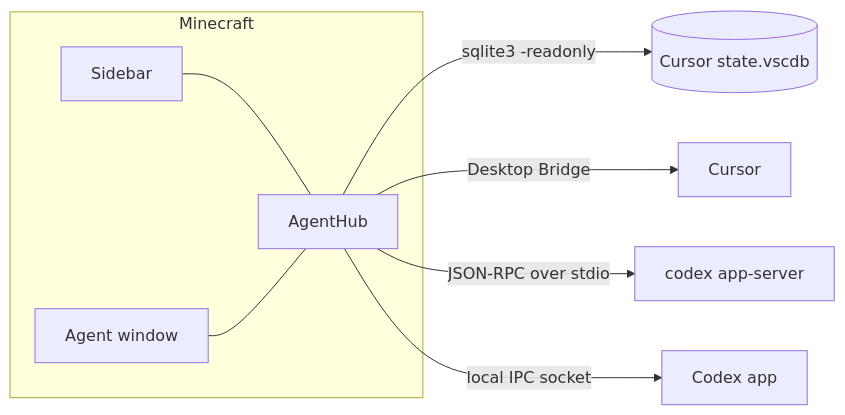
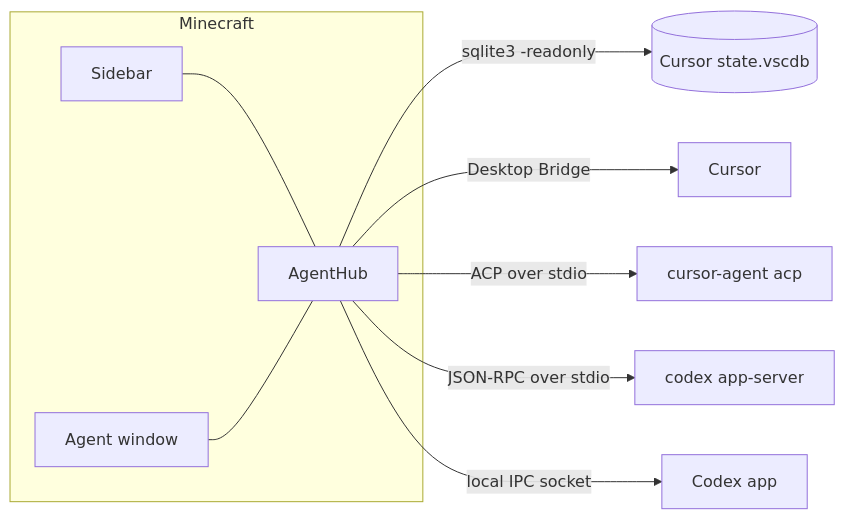
The diagram in README.md (FloWritesCode/agentmod), drawn with Mermaid before and after one commit. The commit also changed other lines of this file and 29 other files, not shown here.

````diff
--- a/README.md
+++ b/README.md
@@ -150,11 +173,12 @@
 ```mermaid
 flowchart LR
     subgraph mc [Minecraft]
         sidebar[Sidebar] --- hub[AgentHub]
         window[Agent window] --- hub
     end
     hub -- "sqlite3 -readonly" --> db[("Cursor state.vscdb")]
     hub -- "Desktop Bridge" --> cursor[Cursor]
+    hub -- "ACP over stdio" --> cli[cursor-agent acp]
     hub -- "JSON-RPC over stdio" --> server[codex app-server]
     hub -- "local IPC socket" --> app[Codex app]
 ```
````
